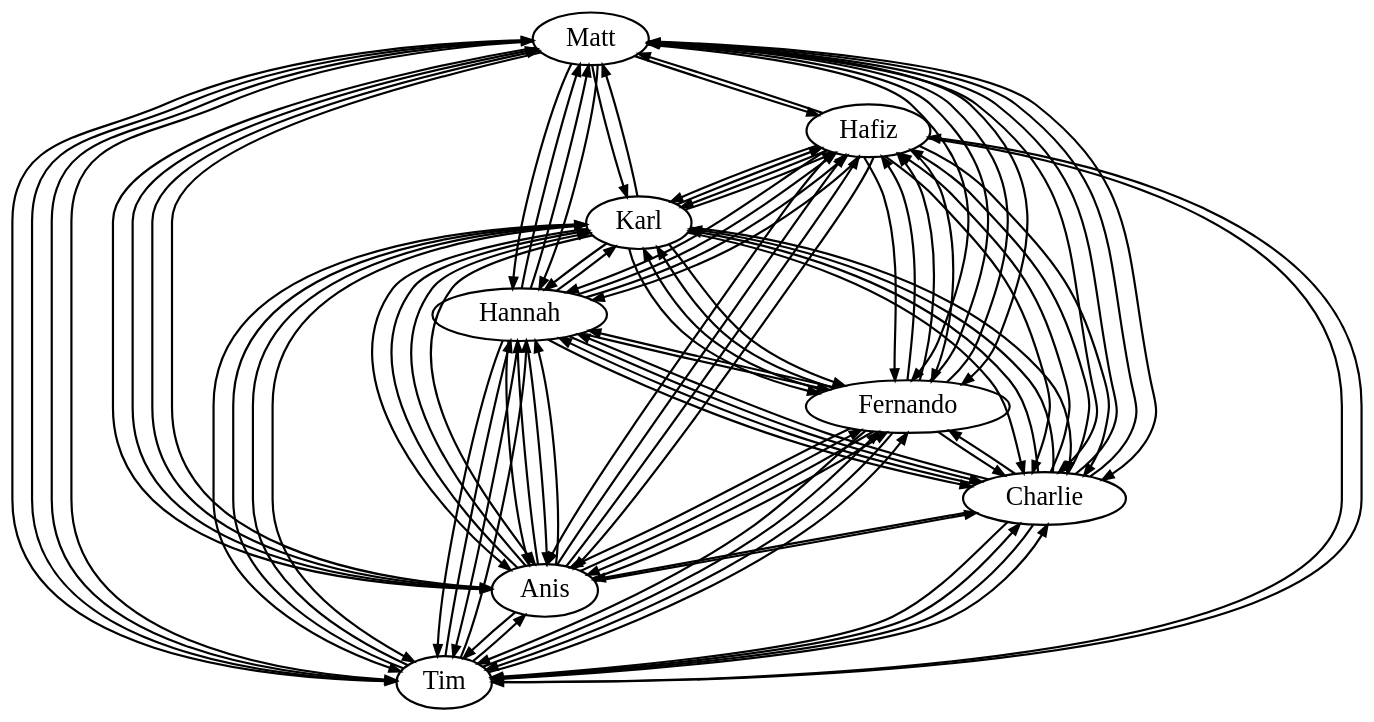
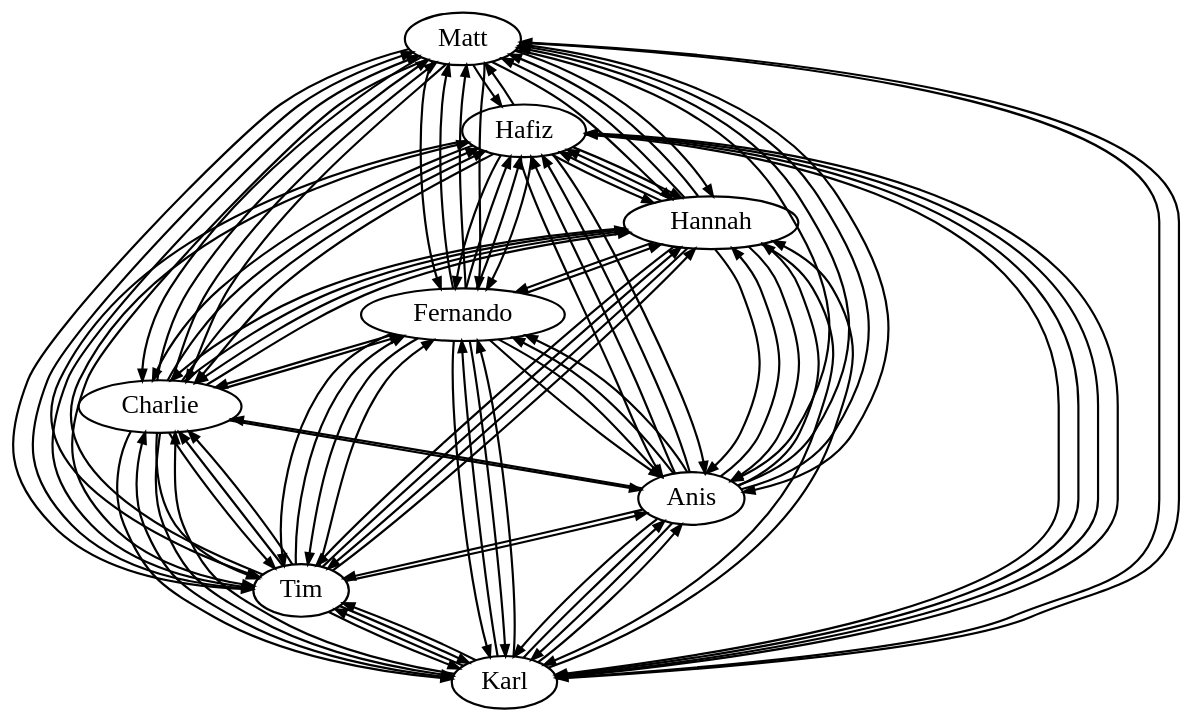
One commit to create-ensemble/feedback changed the diagram in diagram/presentation/fully_connected.dot. Above: the diagram before and after it, drawn with Graphviz. The commit also changed 11 other files, not shown here.

Commit message:
presentation diagrams

```diff
--- a/diagram/presentation/fully_connected.dot
+++ b/diagram/presentation/fully_connected.dot
@@ -1,53 +1,62 @@
 digraph fully_connected {
   edge [penwidth=2] node [penwidth=2, fontsize=24]
+  Matt     [pos="527.681,-98.5215"]
+  Hafiz    [pos="327.075,-15.4274"]
+  Karl     [pos="610.776,-299.128"]
+  Tim      [pos="126.468,-98.5215"]
+  Anis     [pos="43.3738,-299.128"]
+  Charlie  [pos="126.468,-499.735"]
+  Fernando [pos="327.075,-582.829"]
+  Hannah   [pos="527.681,-499.735"]
+
   Matt -> Hafiz -> Tim -> Anis -> Charlie -> Fernando -> Hannah -> Karl -> Matt
   Matt -> Karl -> Hannah -> Fernando -> Charlie -> Anis -> Tim -> Hafiz -> Matt
 
   Karl -> Hafiz -> Karl
   Karl -> Tim -> Karl
   Karl -> Anis -> Karl
   Karl -> Charlie -> Karl
   Karl -> Fernando -> Karl
 
   Matt -> Tim -> Matt
   Matt -> Anis -> Matt
   Matt -> Charlie -> Matt
   Matt -> Fernando -> Matt
   Matt -> Hannah -> Matt
 
   Hafiz -> Anis -> Hafiz
   Hafiz -> Charlie -> Hafiz
   Hafiz -> Fernando -> Hafiz
   Hafiz -> Hannah -> Hafiz
   Hafiz -> Karl -> Hafiz
 
   Tim -> Charlie -> Tim
   Tim -> Fernando -> Tim
   Tim -> Hannah -> Tim
   Tim -> Karl -> Tim
   Tim -> Matt -> Tim
 
   Anis -> Fernando -> Anis
   Anis -> Hannah -> Anis
   Anis -> Karl -> Anis
   Anis -> Matt -> Anis
   Anis -> Hafiz -> Anis
 
   Charlie -> Hannah -> Charlie
   Charlie -> Karl -> Charlie
   Charlie -> Matt -> Charlie
   Charlie -> Hafiz -> Charlie
   Charlie -> Tim -> Charlie
 
   Fernando -> Karl -> Fernando
   Fernando -> Matt -> Fernando
   Fernando -> Hafiz -> Fernando
   Fernando -> Tim -> Fernando
   Fernando -> Anis -> Fernando
 
   Hannah -> Matt -> Hannah
   Hannah -> Hafiz -> Hannah
   Hannah -> Tim -> Hannah
   Hannah -> Anis -> Hannah
   Hannah -> Charlie -> Hannah
 }
```
